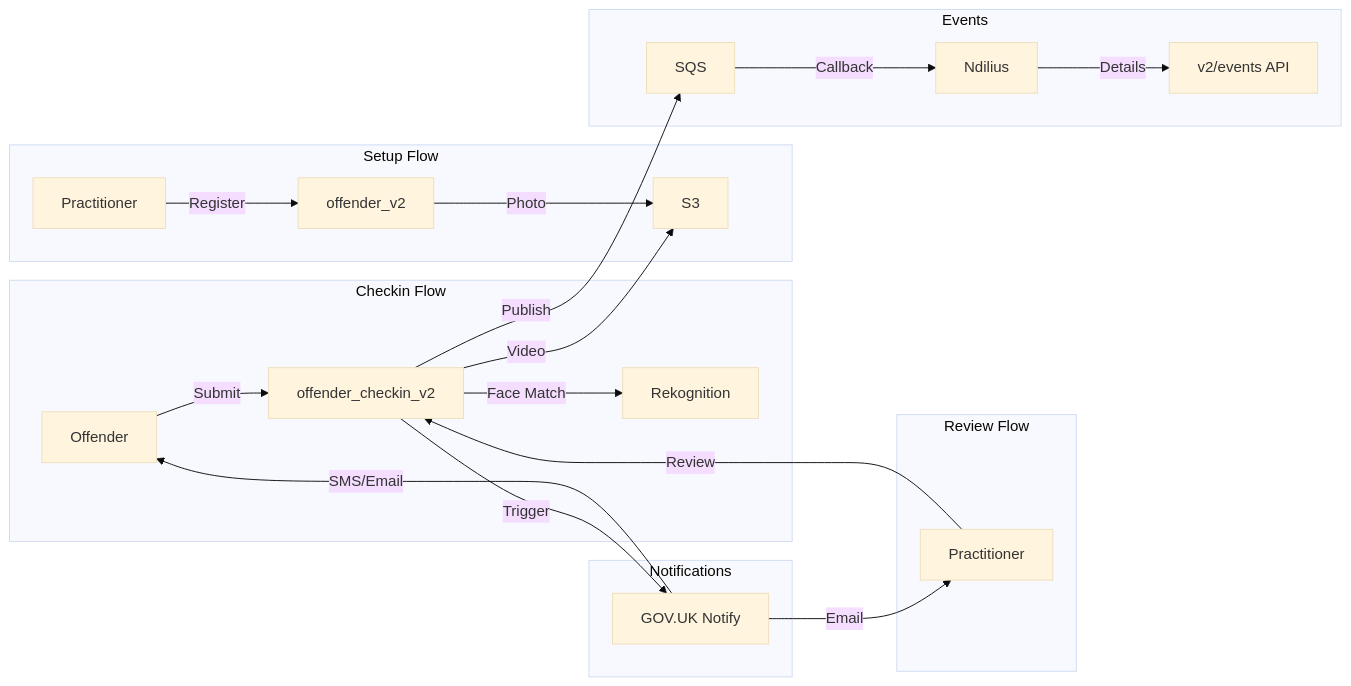
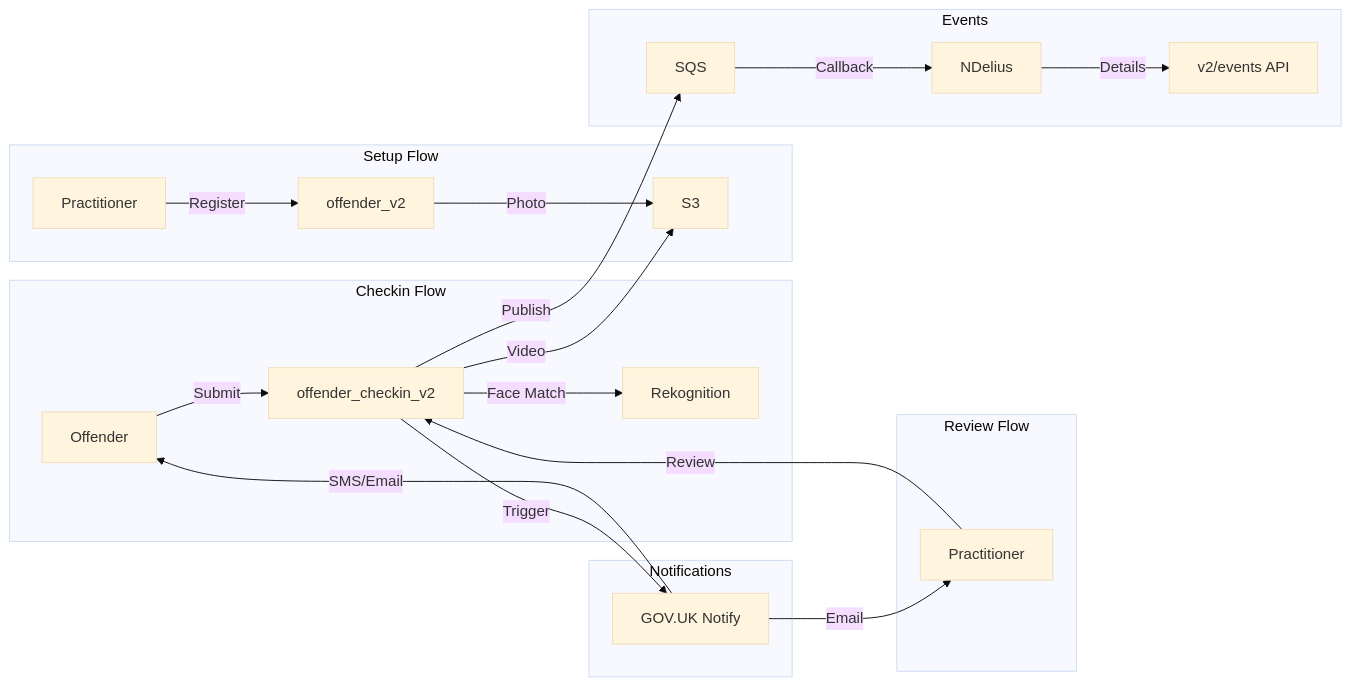
The second of 2 diagrams in docs/v2/README.md (ministryofjustice/hmpps-esupervision-api), drawn with Mermaid (base theme) before and after one commit. The commit also changed other lines of this file and 8 other files, not shown here.

Commit message:
Update ndilius to NDelius in docs

````diff
--- a/docs/v2/README.md
+++ b/docs/v2/README.md
@@ -127,29 +127,29 @@
 ```mermaid
 flowchart LR
     subgraph "Setup Flow"
         A[Practitioner] -->|Register| B[offender_v2]
         B -->|Photo| C[S3]
     end
 
     subgraph "Checkin Flow"
         D[Offender] -->|Submit| E[offender_checkin_v2]
         E -->|Video| C
         E -->|Face Match| F[Rekognition]
     end
 
     subgraph "Review Flow"
         G[Practitioner] -->|Review| E
     end
 
     subgraph "Events"
         E -->|Publish| H[SQS]
-        H -->|Callback| I[Ndilius]
+        H -->|Callback| I[NDelius]
         I -->|Details| J[v2/events API]
     end
 
     subgraph "Notifications"
         E -->|Trigger| K[GOV.UK Notify]
         K -->|SMS/Email| D
         K -->|Email| G
     end
 ```
````
